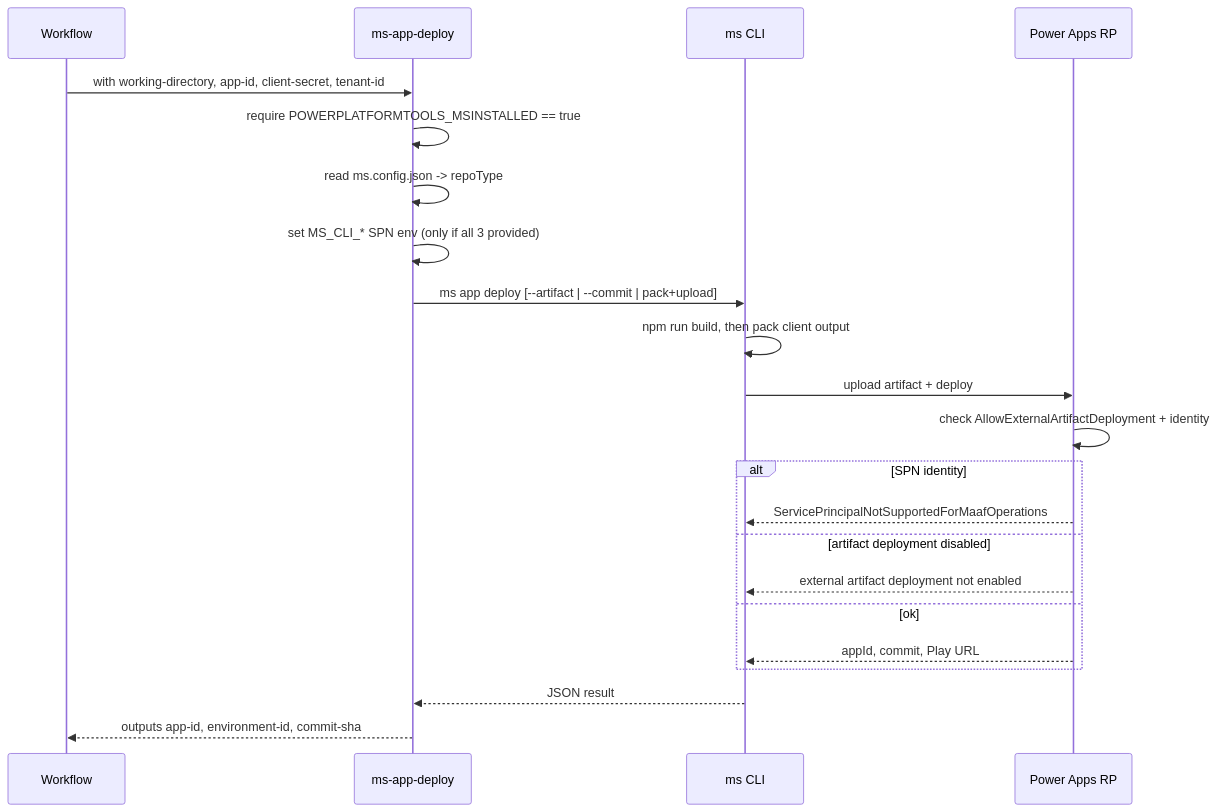
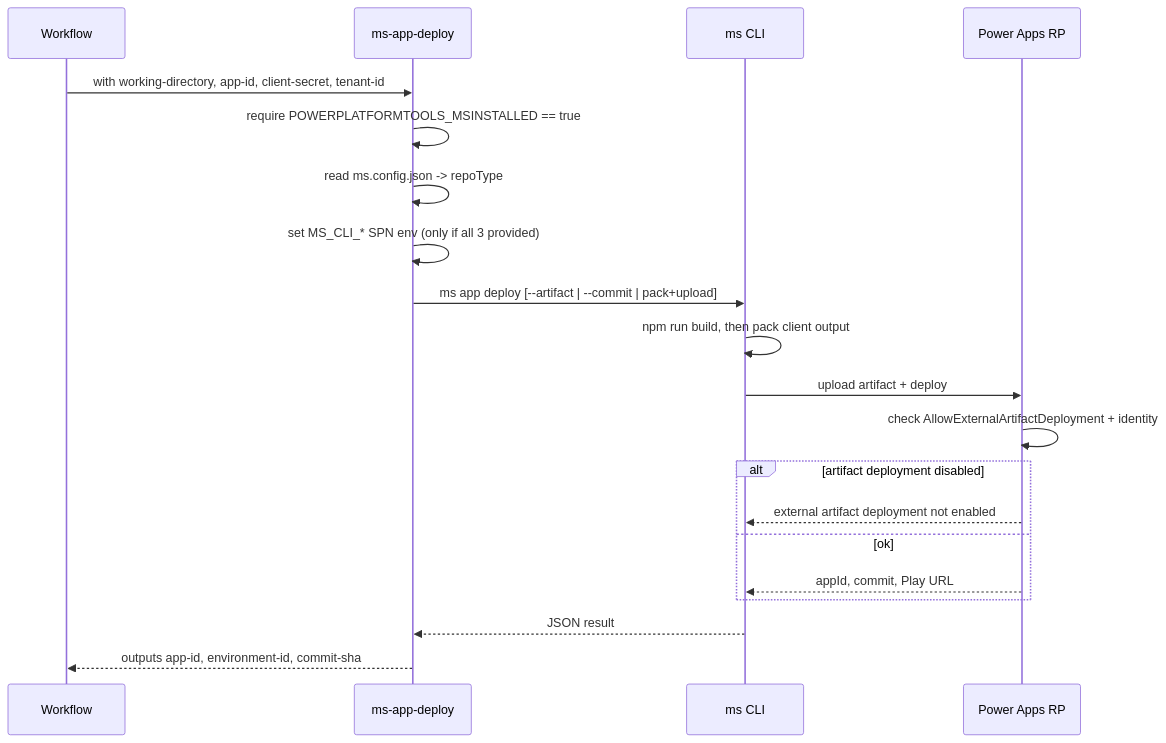
The second of 3 diagrams in github-actions/docs/architecture.md (microsoft/Managed-Apps), drawn with Mermaid before and after one commit. The commit also changed other lines of this file and 4 other files, not shown here.

````diff
--- a/github-actions/docs/architecture.md
+++ b/github-actions/docs/architecture.md
@@ -61,25 +61,23 @@
 ```mermaid
 sequenceDiagram
     participant WF as Workflow
     participant ACT as ms-app-deploy
     participant CLI as ms CLI
     participant RP as Power Apps RP
 
     WF->>ACT: with working-directory, app-id, client-secret, tenant-id
     ACT->>ACT: require POWERPLATFORMTOOLS_MSINSTALLED == true
     ACT->>ACT: read ms.config.json -> repoType
     ACT->>ACT: set MS_CLI_* SPN env (only if all 3 provided)
     ACT->>CLI: ms app deploy [--artifact | --commit | pack+upload]
     CLI->>CLI: npm run build, then pack client output
     CLI->>RP: upload artifact + deploy
     RP->>RP: check AllowExternalArtifactDeployment + identity
-    alt SPN identity
-        RP-->>CLI: ServicePrincipalNotSupportedForMaafOperations
-    else artifact deployment disabled
+    alt artifact deployment disabled
         RP-->>CLI: external artifact deployment not enabled
     else ok
         RP-->>CLI: appId, commit, Play URL
     end
     CLI-->>ACT: JSON result
     ACT-->>WF: outputs app-id, environment-id, commit-sha
 ```
````
